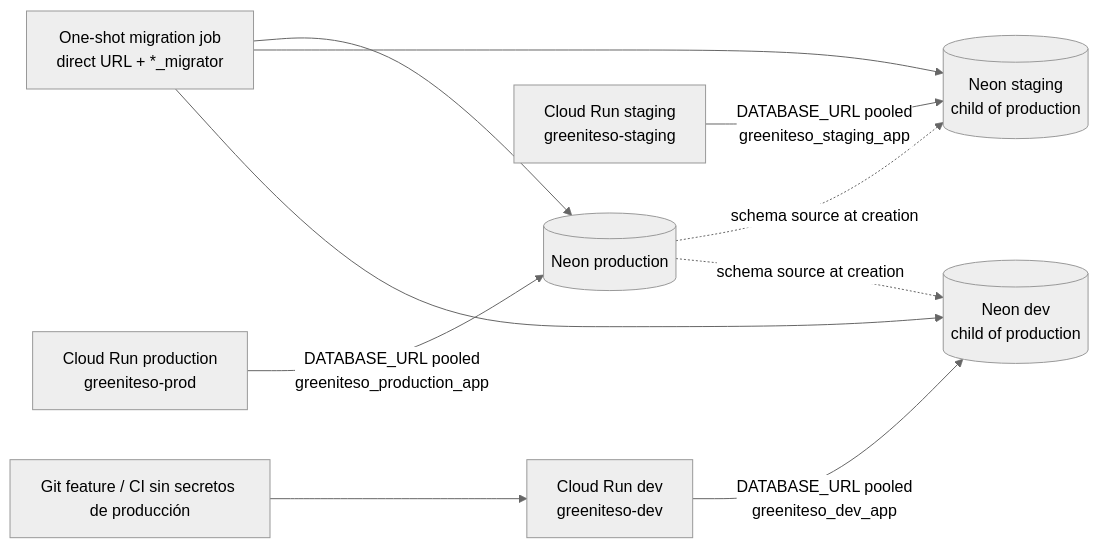
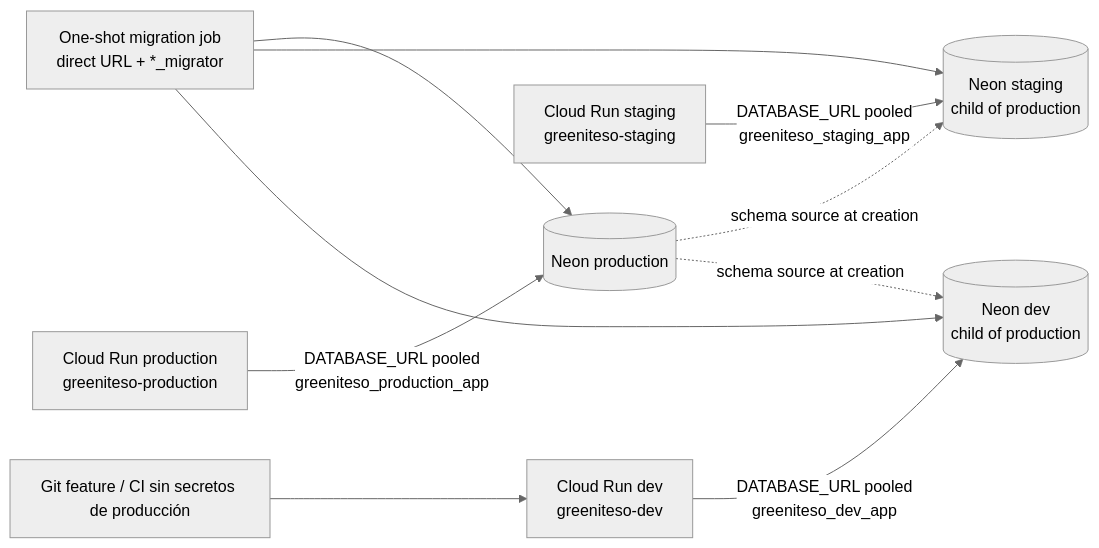
The diagram in neon-db/docs/neon-operations.md (GreenITESO-Proyecto-Integrador/GreenITESO-Infra), drawn with Mermaid (neutral theme) before and after one commit. The commit also changed other lines of this file and 16 other files, not shown here.

First line of the commit message:
docs(infra): reconcile Neon database readiness

````diff
--- a/neon-db/docs/neon-operations.md
+++ b/neon-db/docs/neon-operations.md
@@ -30,12 +30,12 @@
 ```mermaid
 flowchart LR
   PR[Git feature / CI sin secretos de producción] --> D[Cloud Run dev\n greeniteso-dev]
   D -->|DATABASE_URL pooled\n greeniteso_dev_app| DBd[(Neon dev\n child of production)]
   S[Cloud Run staging\n greeniteso-staging] -->|DATABASE_URL pooled\n greeniteso_staging_app| DBs[(Neon staging\n child of production)]
-  P[Cloud Run production\n greeniteso-prod] -->|DATABASE_URL pooled\n greeniteso_production_app| DBp[(Neon production)]
+  P[Cloud Run production\n greeniteso-production] -->|DATABASE_URL pooled\n greeniteso_production_app| DBp[(Neon production)]
   M[One-shot migration job\n direct URL + *_migrator] --> DBd
   M --> DBs
   M --> DBp
   DBp -. schema source at creation .-> DBd
   DBp -. schema source at creation .-> DBs
 ```
````
